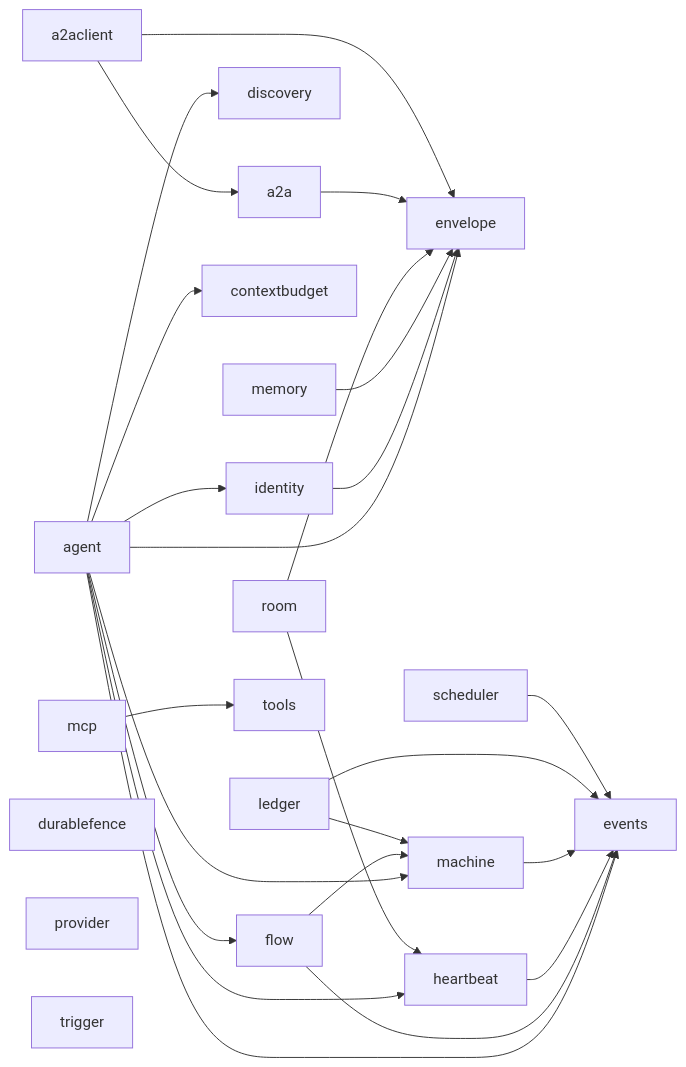
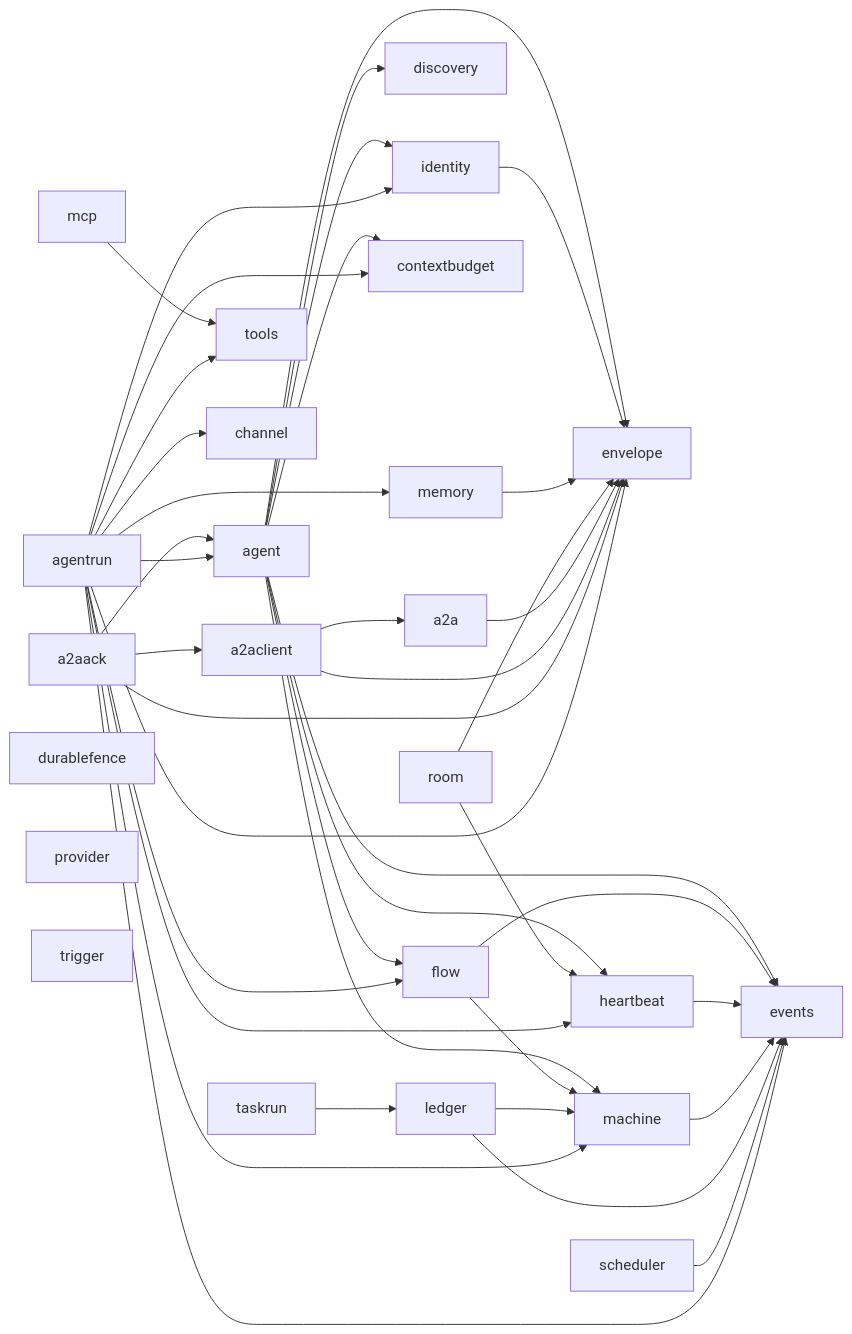
One commit to MiviaLabs/mivia-ai-sdk changed the first of 2 diagrams in docs/architecture.md. Above: the diagram before and after it, drawn with Mermaid. The commit also changed other lines of this file and 4 other files, not shown here.

````diff
--- a/docs/architecture.md
+++ b/docs/architecture.md
@@ -27,34 +27,49 @@
 ```mermaid
 flowchart LR
     agent --> identity
     agent --> discovery
     agent --> flow
     agent --> envelope
     agent --> events
     agent --> machine
     agent --> heartbeat
     agent --> contextbudget
     flow --> events
     flow --> machine
     heartbeat --> events
     identity --> envelope
     machine --> events
     ledger --> machine
     ledger --> events
     memory --> envelope
     room --> envelope
     room --> heartbeat
     a2a --> envelope
     a2aclient --> a2a
     a2aclient --> envelope
     mcp --> tools
     scheduler --> events
+    a2aack --> a2aclient
+    a2aack --> agent
+    a2aack --> envelope
+    agentrun --> agent
+    agentrun --> channel
+    agentrun --> contextbudget
+    agentrun --> envelope
+    agentrun --> events
+    agentrun --> flow
+    agentrun --> heartbeat
+    agentrun --> identity
+    agentrun --> machine
+    agentrun --> memory
+    agentrun --> tools
+    taskrun --> ledger
     contextbudget[contextbudget]
     discovery[discovery]
     durablefence[durablefence]
     envelope[envelope]
     events[events]
     provider[provider]
     tools[tools]
     trigger[trigger]
 ```
````
